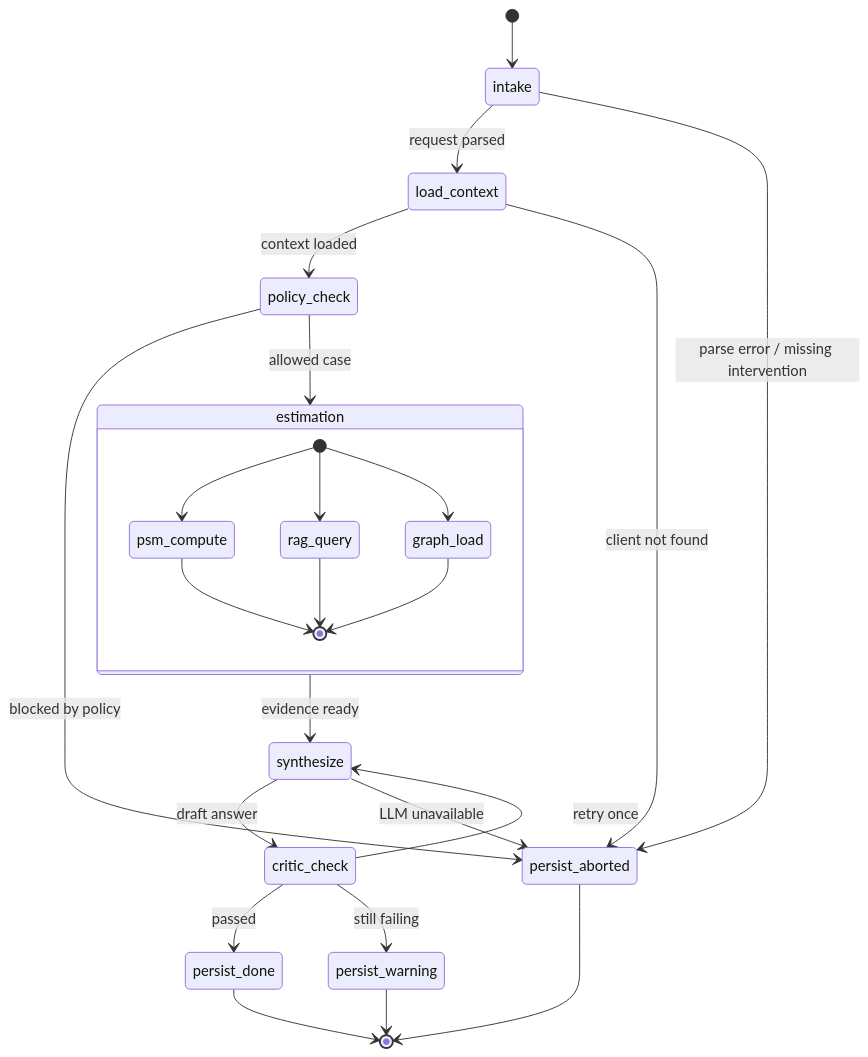
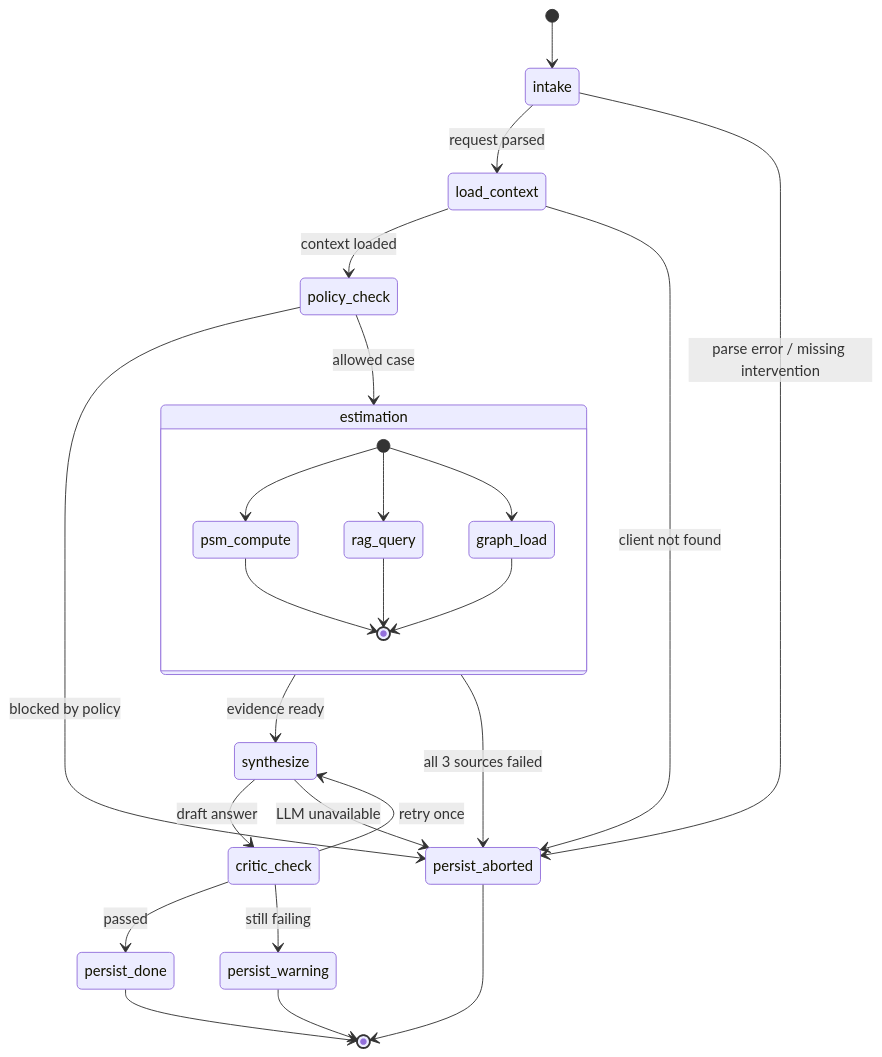
The first of 2 diagrams in docs/diagrams/workflow.md (alllyuk/uplift-agent), drawn with Mermaid before and after one commit. The commit also changed other lines of this file and 3 other files, not shown here.

````diff
--- a/docs/diagrams/workflow.md
+++ b/docs/diagrams/workflow.md
@@ -7,35 +7,36 @@
 ```mermaid
 stateDiagram-v2
     [*] --> intake
 
     intake --> load_context : request parsed
     intake --> persist_aborted : parse error / missing intervention
 
     load_context --> policy_check : context loaded
     load_context --> persist_aborted : client not found
 
     policy_check --> estimation : allowed case
     policy_check --> persist_aborted : blocked by policy
 
     state estimation {
         [*] --> psm_compute
         [*] --> rag_query
         [*] --> graph_load
         psm_compute --> [*]
         rag_query --> [*]
         graph_load --> [*]
     }
 
     estimation --> synthesize : evidence ready
+    estimation --> persist_aborted : all 3 sources failed
 
     synthesize --> critic_check : draft answer
     synthesize --> persist_aborted : LLM unavailable
 
     critic_check --> persist_done : passed
     critic_check --> synthesize : retry once
     critic_check --> persist_warning : still failing
 
     persist_done --> [*]
     persist_warning --> [*]
     persist_aborted --> [*]
 ```
````
